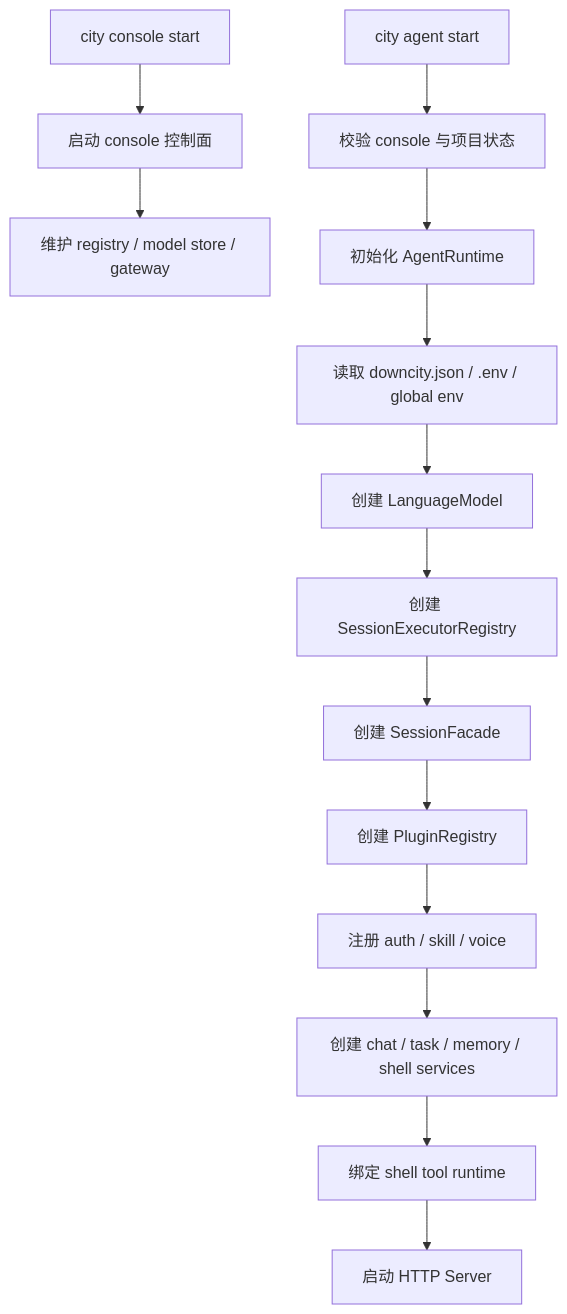
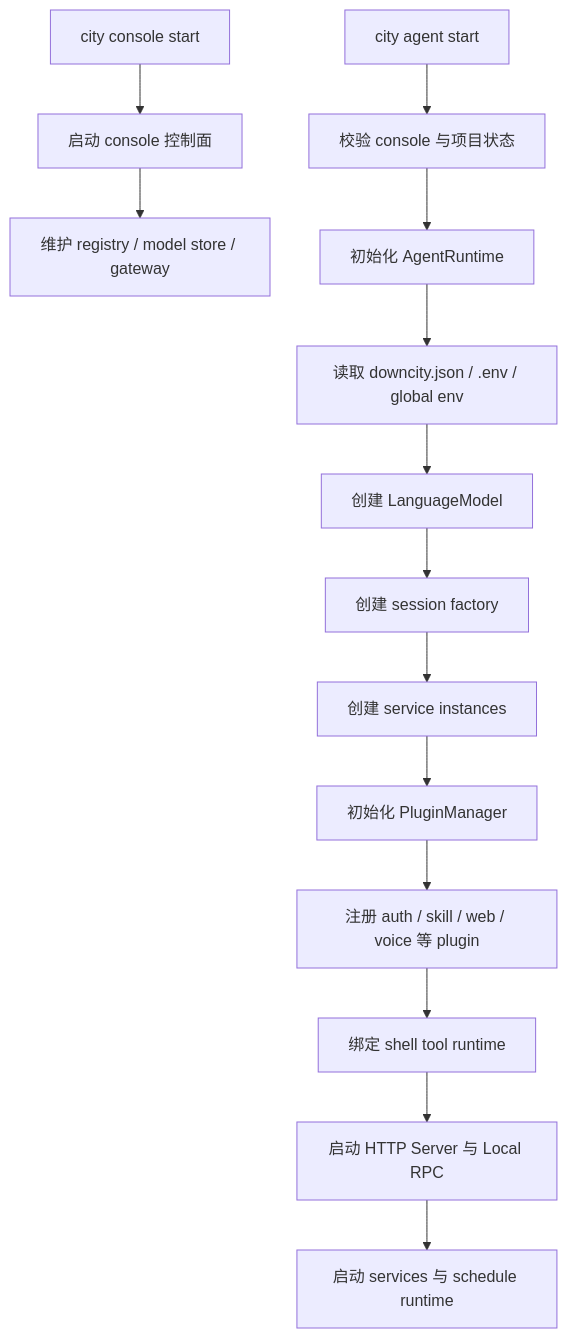
Before and after one commit to wangenius/downcity: the second of 3 diagrams in homepage/content/devdocs/zh/package/runtime-and-services.mdx, drawn with Mermaid. The commit also changed other lines of this file and 304 other files, not shown here.

Commit message:
refactor(agent): reorganize package architecture

````diff
--- a/homepage/content/devdocs/zh/package/runtime-and-services.mdx
+++ b/homepage/content/devdocs/zh/package/runtime-and-services.mdx
@@ -96,17 +99,17 @@
 ```mermaid
 flowchart TD
   A["city console start"] --> B["启动 console 控制面"]
   B --> C["维护 registry / model store / gateway"]
 
   D["city agent start"] --> E["校验 console 与项目状态"]
   E --> F["初始化 AgentRuntime"]
   F --> G["读取 downcity.json / .env / global env"]
   G --> H["创建 LanguageModel"]
-  H --> I["创建 SessionExecutorRegistry"]
-  I --> J["创建 SessionFacade"]
-  J --> K["创建 PluginRegistry"]
-  K --> L["注册 auth / skill / voice"]
-  L --> M["创建 chat / task / memory / shell services"]
-  M --> N["绑定 shell tool runtime"]
-  N --> O["启动 HTTP Server"]
+  H --> I["创建 session factory"]
+  I --> J["创建 service instances"]
+  J --> K["初始化 PluginManager"]
+  K --> L["注册 auth / skill / web / voice 等 plugin"]
+  L --> M["绑定 shell tool runtime"]
+  M --> N["启动 HTTP Server 与 Local RPC"]
+  N --> O["启动 services 与 schedule runtime"]
 ```
````
